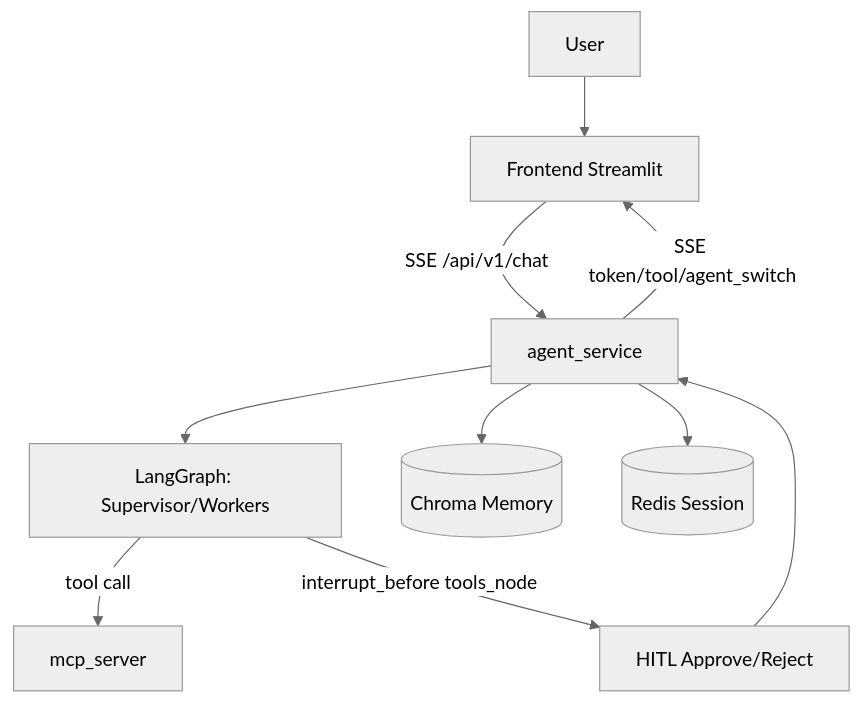
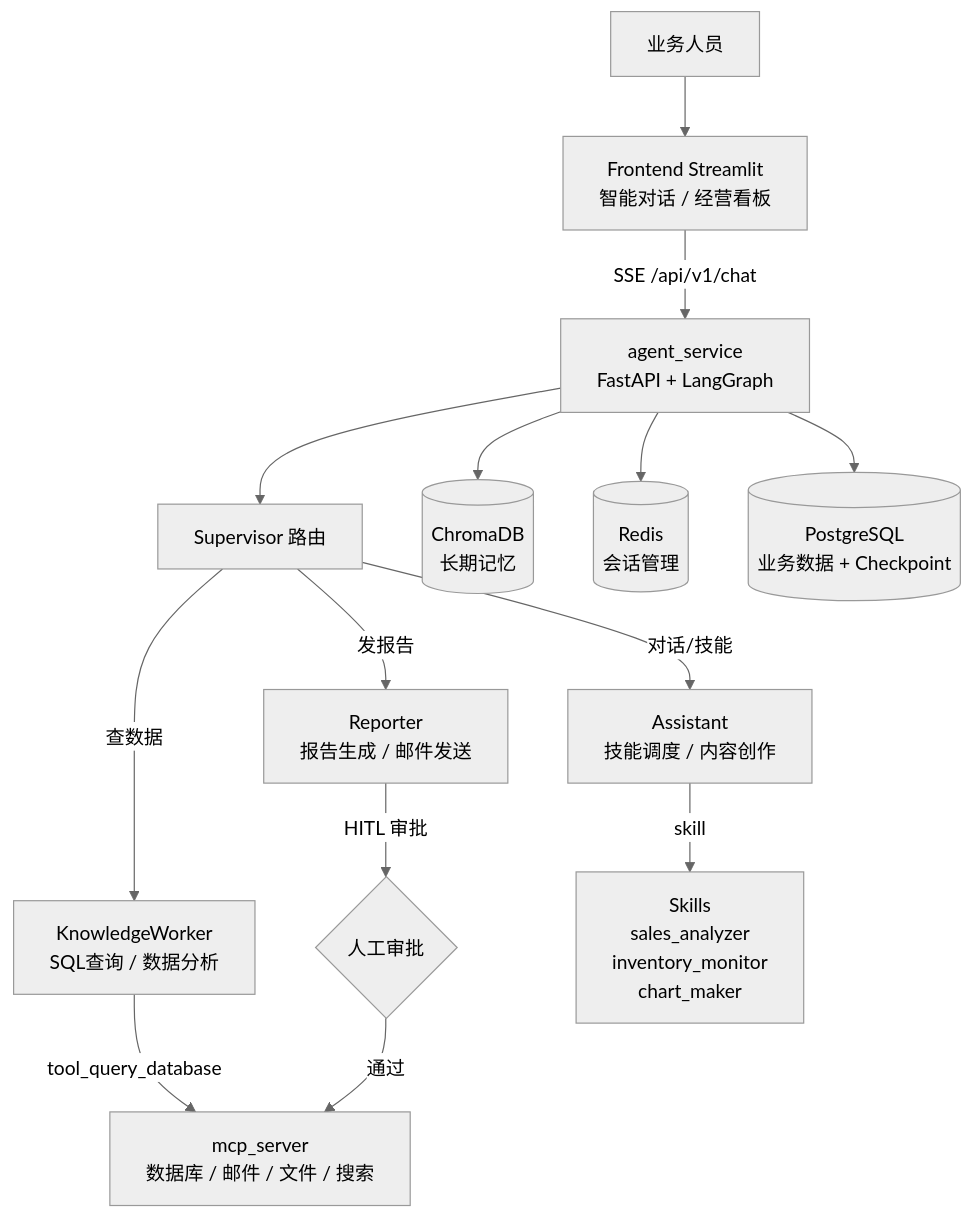
Before and after one commit to weilaiwlai/nano_agent: the diagram in README.md, drawn with Mermaid (neutral theme). The commit also changed other lines of this file and 13 other files, not shown here.

````diff
--- a/README.md
+++ b/README.md
@@ -67,12 +70,16 @@
 ```mermaid
 flowchart TD
-    U[User] --> F[Frontend Streamlit]
-    F -->|SSE /api/v1/chat| A[agent_service]
-    A --> G[LangGraph: Supervisor/Workers]
-    G -->|tool call| M[mcp_server]
-    A --> C[(Chroma Memory)]
-    A --> R[(Redis Session)]
-    G -->|interrupt_before tools_node| H[HITL Approve/Reject]
-    H --> A
-    A -->|SSE token/tool/agent_switch| F
+    U[业务人员] --> F[Frontend Streamlit<br/>智能对话 / 经营看板]
+    F -->|SSE /api/v1/chat| A[agent_service<br/>FastAPI + LangGraph]
+    A --> SUP[Supervisor 路由]
+    SUP -->|查数据| KW[KnowledgeWorker<br/>SQL查询 / 数据分析]
+    SUP -->|发报告| REP[Reporter<br/>报告生成 / 邮件发送]
+    SUP -->|对话/技能| AST[Assistant<br/>技能调度 / 内容创作]
+    KW -->|tool_query_database| MCP[mcp_server<br/>数据库 / 邮件 / 文件 / 搜索]
+    REP -->|HITL 审批| H{人工审批}
+    H -->|通过| MCP
+    AST -->|skill| SK[Skills<br/>sales_analyzer<br/>inventory_monitor<br/>chart_maker]
+    A --> C[(ChromaDB<br/>长期记忆)]
+    A --> R[(Redis<br/>会话管理)]
+    A --> P[(PostgreSQL<br/>业务数据 + Checkpoint)]
 ```
````
